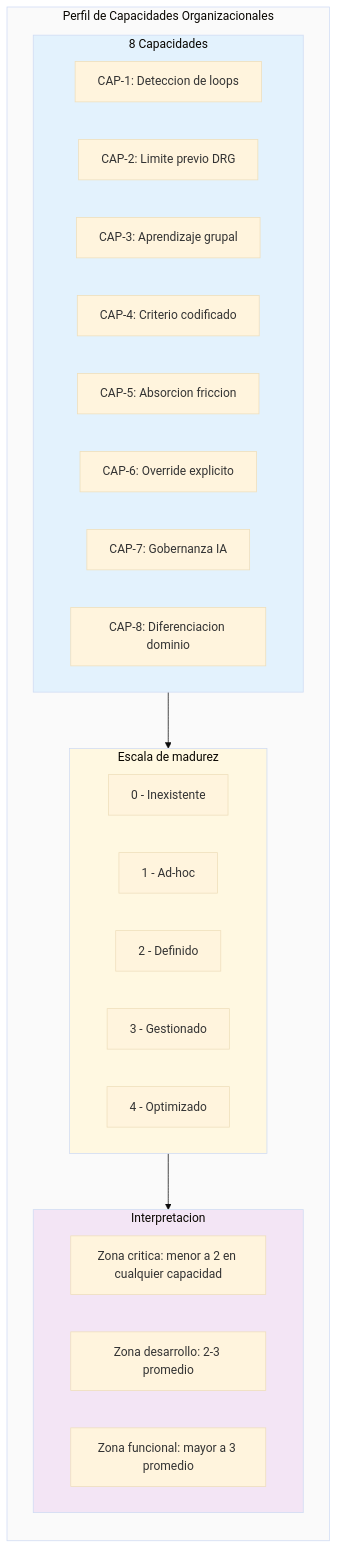
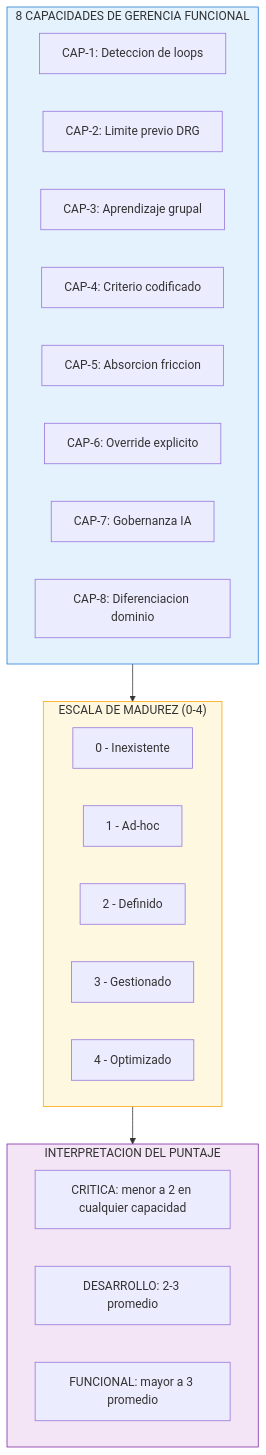
The diagram in assets/diagrams/AppE-radar-capacidades.mermaid (gonzalezulises/mas-control-mas-caos), drawn with Mermaid before and after one commit. The commit also changed 4 other files, not shown here.

First line of the commit message:
Fix diagram layouts with titles on top

```diff
--- a/assets/diagrams/AppE-radar-capacidades.mermaid
+++ b/assets/diagrams/AppE-radar-capacidades.mermaid
@@ -1,38 +1,33 @@
-%%{init: {'theme': 'base'}}%%
+%%{init: {'flowchart': {'curve': 'basis'}}}%%
 flowchart TB
-    subgraph RADAR["Perfil de Capacidades Organizacionales"]
-        direction TB
+    subgraph CAP["8 CAPACIDADES DE GERENCIA FUNCIONAL"]
+        C1["CAP-1: Deteccion de loops"]
+        C2["CAP-2: Limite previo DRG"]
+        C3["CAP-3: Aprendizaje grupal"]
+        C4["CAP-4: Criterio codificado"]
+        C5["CAP-5: Absorcion friccion"]
+        C6["CAP-6: Override explicito"]
+        C7["CAP-7: Gobernanza IA"]
+        C8["CAP-8: Diferenciacion dominio"]
+    end
 
-        subgraph CAP["8 Capacidades"]
-            C1["CAP-1: Deteccion de loops"]
-            C2["CAP-2: Limite previo DRG"]
-            C3["CAP-3: Aprendizaje grupal"]
-            C4["CAP-4: Criterio codificado"]
-            C5["CAP-5: Absorcion friccion"]
-            C6["CAP-6: Override explicito"]
-            C7["CAP-7: Gobernanza IA"]
-            C8["CAP-8: Diferenciacion dominio"]
-        end
+    subgraph NIVELES["ESCALA DE MADUREZ (0-4)"]
+        N0["0 - Inexistente"]
+        N1["1 - Ad-hoc"]
+        N2["2 - Definido"]
+        N3["3 - Gestionado"]
+        N4["4 - Optimizado"]
+    end
 
-        subgraph NIVELES["Escala de madurez"]
-            N0["0 - Inexistente"]
-            N1["1 - Ad-hoc"]
-            N2["2 - Definido"]
-            N3["3 - Gestionado"]
-            N4["4 - Optimizado"]
-        end
-
-        subgraph ZONAS["Interpretacion"]
-            Z1["Zona critica: menor a 2 en cualquier capacidad"]
-            Z2["Zona desarrollo: 2-3 promedio"]
-            Z3["Zona funcional: mayor a 3 promedio"]
-        end
+    subgraph ZONAS["INTERPRETACION DEL PUNTAJE"]
+        Z1["CRITICA: menor a 2 en cualquier capacidad"]
+        Z2["DESARROLLO: 2-3 promedio"]
+        Z3["FUNCIONAL: mayor a 3 promedio"]
     end
 
     CAP --> NIVELES
     NIVELES --> ZONAS
 
-    style RADAR fill:#fafafa
-    style CAP fill:#e3f2fd
-    style NIVELES fill:#fff8e1
-    style ZONAS fill:#f3e5f5
+    style CAP fill:#e3f2fd,stroke:#1976d2
+    style NIVELES fill:#fff8e1,stroke:#ffa000
+    style ZONAS fill:#f3e5f5,stroke:#7b1fa2
```
